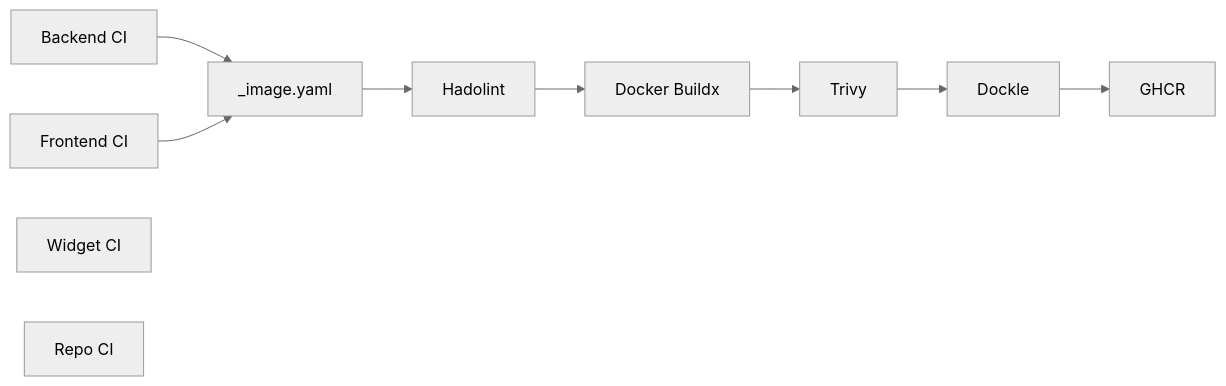
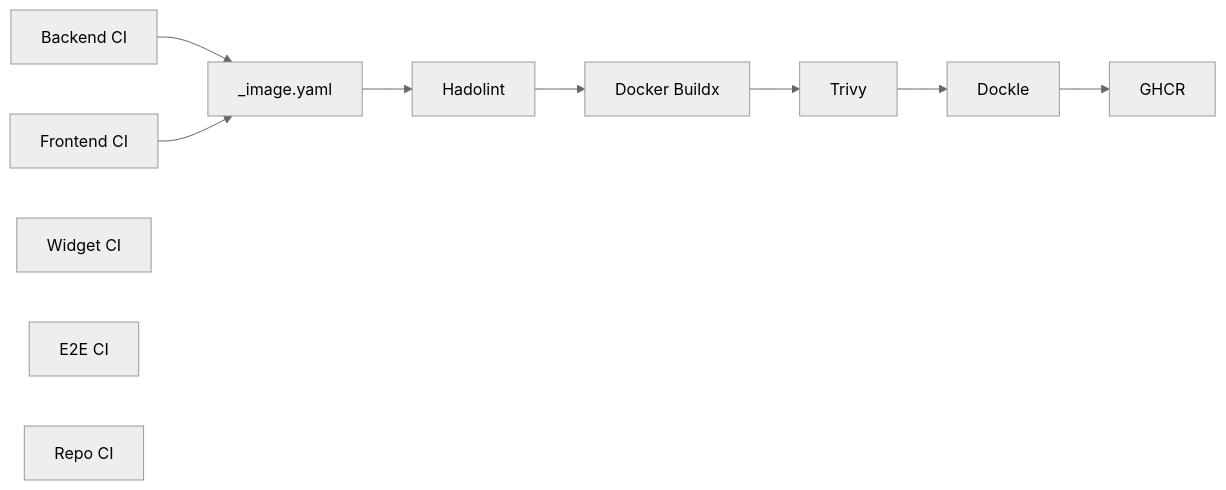
The first of 3 diagrams in docs/technical-notes.md (MarshallBjorn/bug-shot), drawn with Mermaid (neutral theme) before and after one commit. The commit also changed other lines of this file, not shown here.

````diff
--- a/docs/technical-notes.md
+++ b/docs/technical-notes.md
@@ -9,13 +9,14 @@
 ```mermaid
 flowchart LR
     backend["Backend CI"] --> image["_image.yaml"]
     frontend["Frontend CI"] --> image
     widget["Widget CI"]
+    e2e["E2E CI"]
     repo["Repo CI"]
 
     image --> hadolint["Hadolint"]
     hadolint --> build["Docker Buildx"]
     build --> trivy["Trivy"]
     trivy --> dockle["Dockle"]
     dockle --> ghcr["GHCR"]
 ```
````
